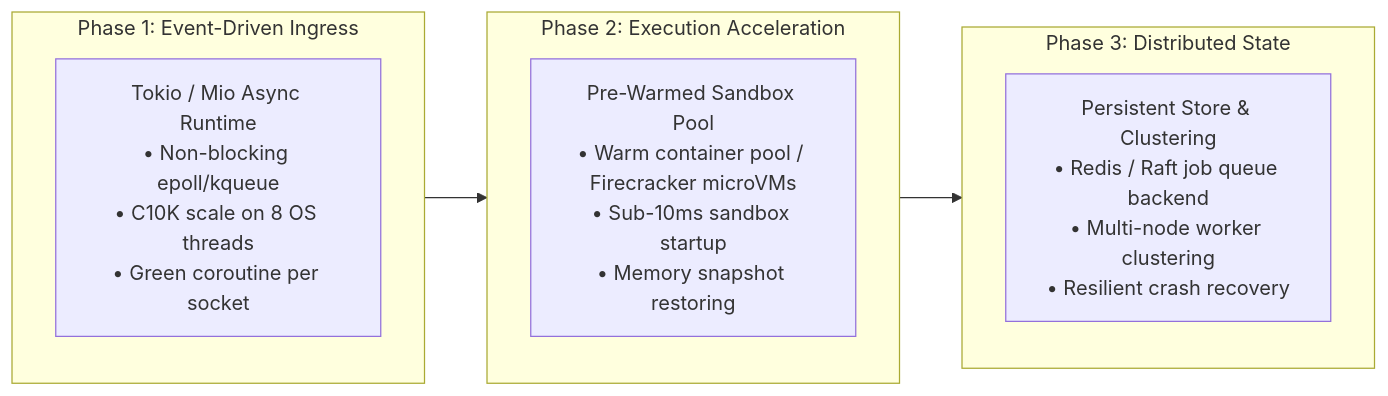
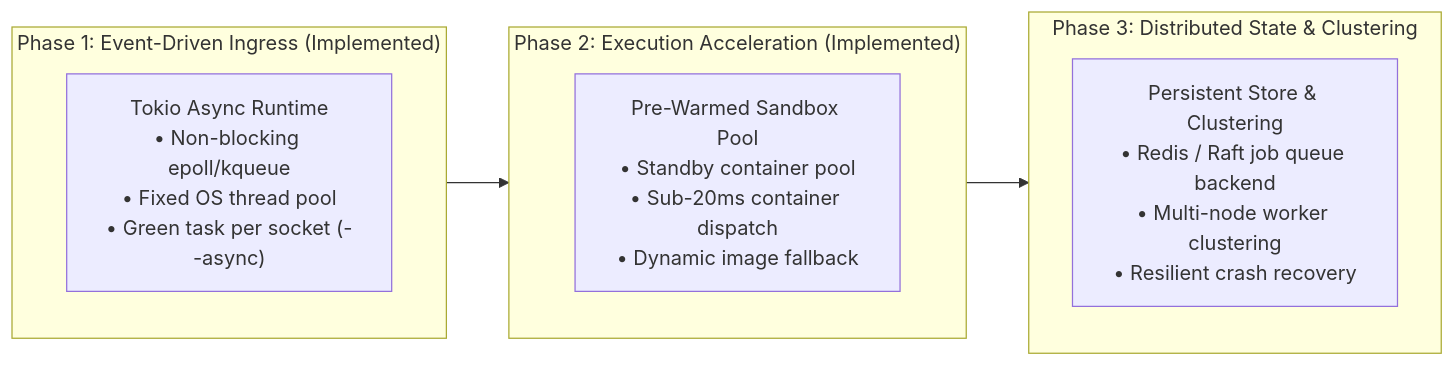
Before and after one commit to Chinmay-Mahajan/Distributed_Job_system_non_blocking: the second of 2 diagrams in README.md, drawn with Mermaid. The commit also changed other lines of this file, not shown here.

````diff
--- a/README.md
+++ b/README.md
@@ -142,16 +145,16 @@
 ```mermaid
 flowchart LR
-    subgraph Milestone1["Phase 1: Event-Driven Ingress"]
-        M1["Tokio / Mio Async Runtime<br/>• Non-blocking epoll/kqueue<br/>• C10K scale on 8 OS threads<br/>• Green coroutine per socket"]
+    subgraph Milestone1["Phase 1: Event-Driven Ingress (Implemented)"]
+        M1["Tokio Async Runtime<br/>• Non-blocking epoll/kqueue<br/>• Fixed OS thread pool<br/>• Green task per socket (--async)"]
     end
 
-    subgraph Milestone2["Phase 2: Execution Acceleration"]
-        M2["Pre-Warmed Sandbox Pool<br/>• Warm container pool / Firecracker microVMs<br/>• Sub-10ms sandbox startup<br/>• Memory snapshot restoring"]
+    subgraph Milestone2["Phase 2: Execution Acceleration (Implemented)"]
+        M2["Pre-Warmed Sandbox Pool<br/>• Standby container pool<br/>• Sub-20ms container dispatch<br/>• Dynamic image fallback"]
     end
 
-    subgraph Milestone3["Phase 3: Distributed State"]
+    subgraph Milestone3["Phase 3: Distributed State & Clustering"]
         M3["Persistent Store & Clustering<br/>• Redis / Raft job queue backend<br/>• Multi-node worker clustering<br/>• Resilient crash recovery"]
     end
 
     Milestone1 --> Milestone2 --> Milestone3
 ```
````
